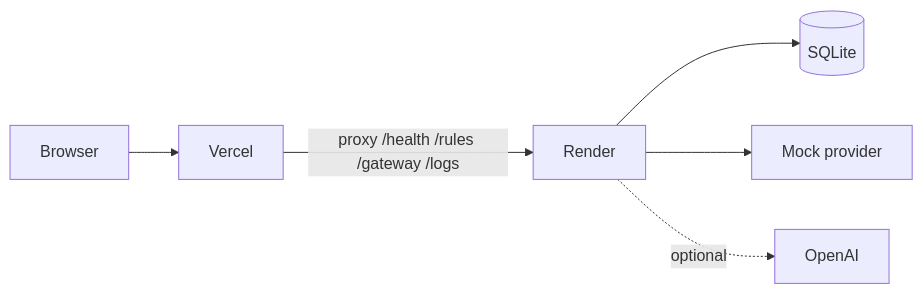
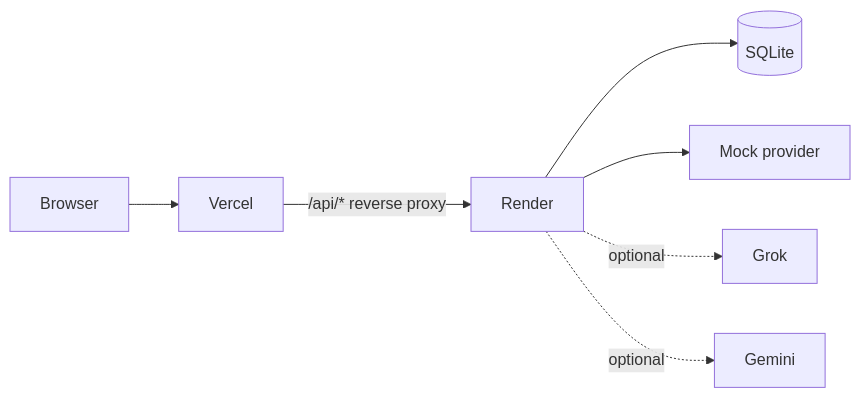
Before and after one commit to Srikanthkn0/guardrail-gateway: the diagram in README.md, drawn with Mermaid. The commit also changed other lines of this file and 7 other files, not shown here.

````diff
--- a/README.md
+++ b/README.md
@@ -28,8 +48,9 @@
 ```mermaid
 flowchart LR
   Browser --> Vercel
-  Vercel -->|proxy /health /rules /gateway /logs| Render
+  Vercel -->|"/api/* reverse proxy"| Render
   Render --> SQLite[(SQLite)]
   Render --> Mock[Mock provider]
-  Render -.->|optional| OpenAI
+  Render -.->|optional| Grok
+  Render -.->|optional| Gemini
 ```
````
